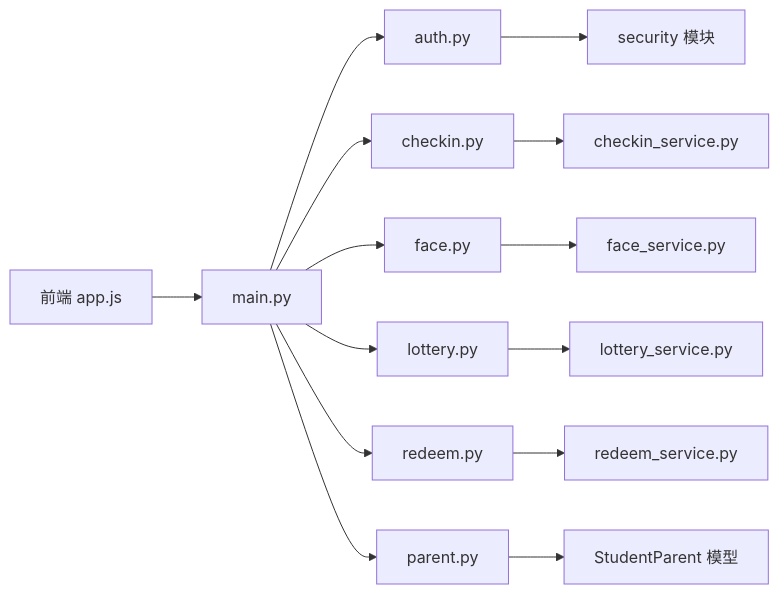
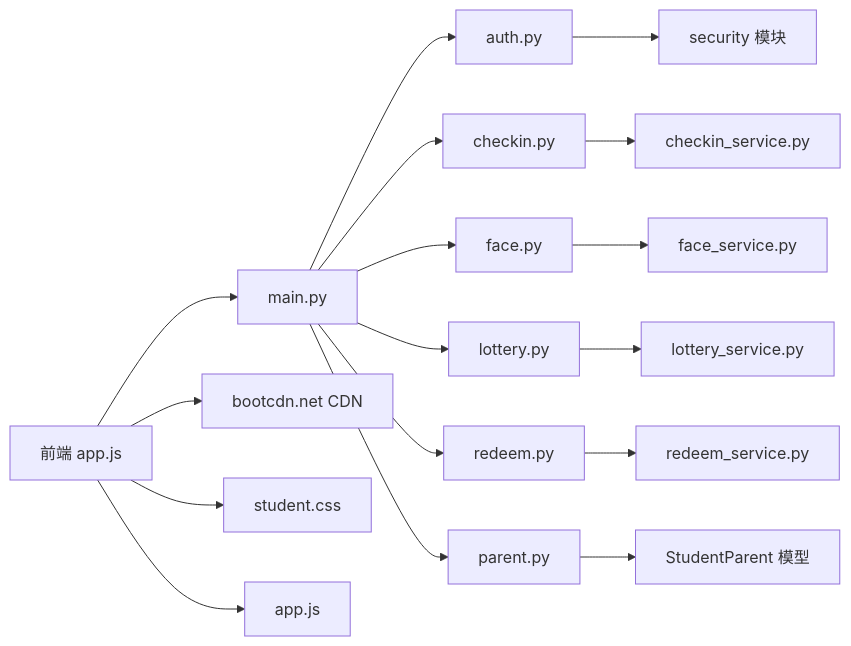
One commit to onebody/homework changed diagram 13 of 13 in .qoder/repowiki/zh/content/暑假作业打卡系统/前端应用设计/学生端应用.md. Above: the diagram before and after it, drawn with Mermaid. The commit also changed other lines of this file and 14 other files, not shown here.

````diff
--- a/.qoder/repowiki/zh/content/暑假作业打卡系统/前端应用设计/学生端应用.md
+++ b/.qoder/repowiki/zh/content/暑假作业打卡系统/前端应用设计/学生端应用.md
@@ -584,16 +627,19 @@
 ```mermaid
 graph LR
 FE["前端 app.js"] --> MAIN["main.py"]
 MAIN --> AUTH["auth.py"]
 MAIN --> CK["checkin.py"]
 MAIN --> FC["face.py"]
 MAIN --> LT["lottery.py"]
 MAIN --> RD["redeem.py"]
 MAIN --> PT["parent.py"]
 CK --> CSVC["checkin_service.py"]
 FC --> FSVC["face_service.py"]
 LT --> LSVC["lottery_service.py"]
 RD --> RSVC["redeem_service.py"]
 PT --> SP["StudentParent 模型"]
 AUTH --> SEC["security 模块"]
+FE --> BOOTCDN["bootcdn.net CDN"]
+FE --> CSS["student.css"]
+FE --> JS["app.js"]
 ```
````
